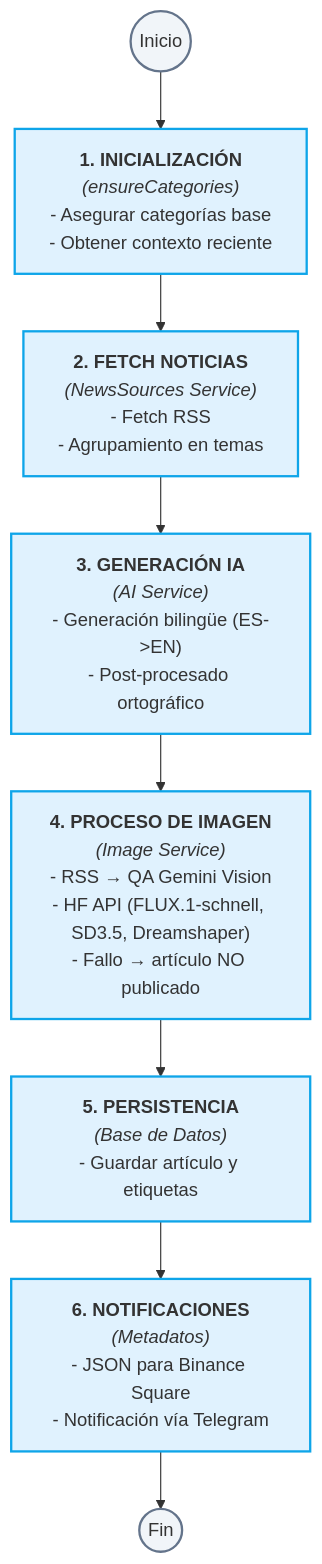
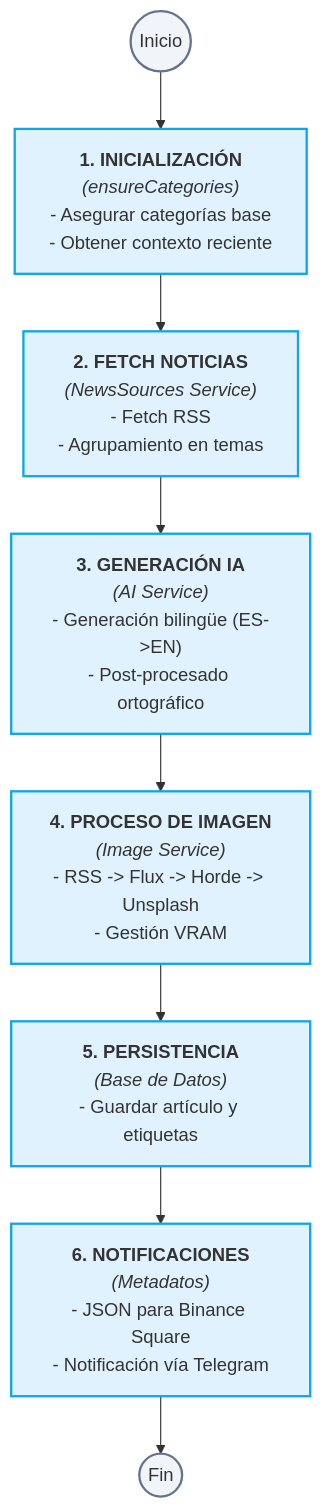
Before and after one commit to CarlosEmerito/EmeDotEme: the first of 2 diagrams in docs/04 - Flujos de Trabajo.md, drawn with Mermaid. The commit also changed other lines of this file and 50 other files, not shown here.

````diff
--- a/docs/04 - Flujos de Trabajo.md
+++ b/docs/04 - Flujos de Trabajo.md
@@ -21,22 +21,22 @@
 ```mermaid
 graph TD
     classDef init fill:#f1f5f9,stroke:#64748b,stroke-width:2px;
     classDef step fill:#e0f2fe,stroke:#0ea5e9,stroke-width:2px;
     classDef alert fill:#fef3c7,stroke:#f59e0b,stroke-width:2px;
 
     Start((Inicio)):::init --> Step1
     
     Step1["<b>1. INICIALIZACIÓN</b><br/><i>(ensureCategories)</i><br/>- Asegurar categorías base<br/>- Obtener contexto reciente"]:::step --> Step2
     
     Step2["<b>2. FETCH NOTICIAS</b><br/><i>(NewsSources Service)</i><br/>- Fetch RSS<br/>- Agrupamiento en temas"]:::step --> Step3
     
     Step3["<b>3. GENERACIÓN IA</b><br/><i>(AI Service)</i><br/>- Generación bilingüe (ES->EN)<br/>- Post-procesado ortográfico"]:::step --> Step4
     
-    Step4["<b>4. PROCESO DE IMAGEN</b><br/><i>(Image Service)</i><br/>- RSS → QA Gemini Vision<br/>- HF API (FLUX.1-schnell, SD3.5, Dreamshaper)<br/>- Fallo → artículo NO publicado"]:::step --> Step5
+    Step4["<b>4. PROCESO DE IMAGEN</b><br/><i>(Image Service)</i><br/>- RSS -> Flux -> Horde -> Unsplash<br/>- Gestión VRAM"]:::step --> Step5
     
     Step5["<b>5. PERSISTENCIA</b><br/><i>(Base de Datos)</i><br/>- Guardar artículo y etiquetas"]:::step --> Step6
     
     Step6["<b>6. NOTIFICACIONES</b><br/><i>(Metadatos)</i><br/>- JSON para Binance Square<br/>- Notificación vía Telegram"]:::step
     
     Step6 --> End((Fin)):::init
 ```
````
